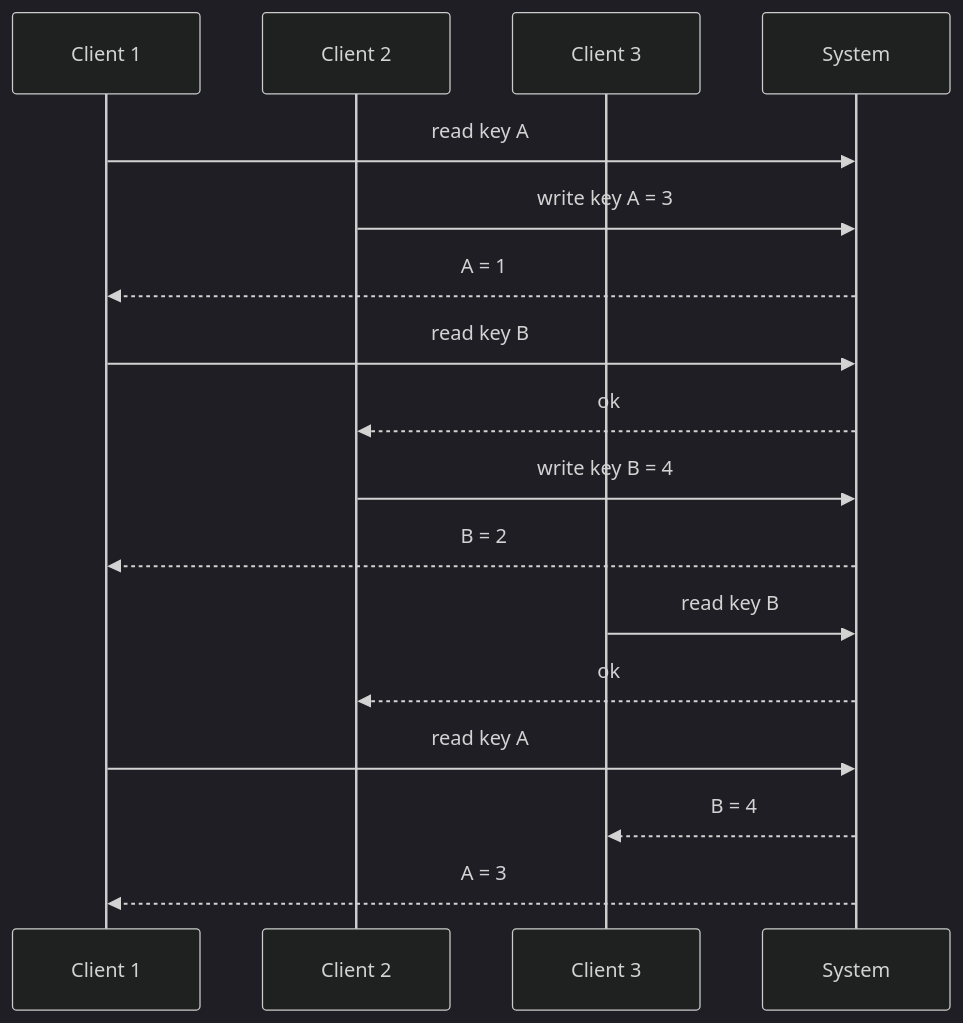
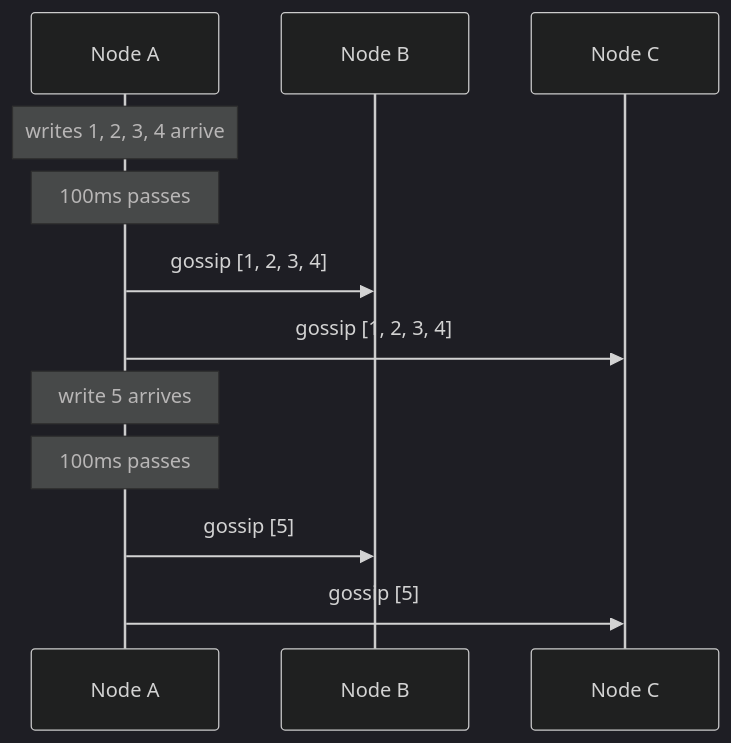
Before and after one commit to rcya1/personal-website: the fourth of 8 diagrams in posts/dist-sys-challenges.md, drawn with Mermaid (dark theme). The commit also changed other lines of this file and 5 other files, not shown here.

````diff
--- a/posts/dist-sys-challenges.md
+++ b/posts/dist-sys-challenges.md
@@ -161,19 +108,14 @@
 ```mermaid
 sequenceDiagram
-    participant C1 as Client 1
-    participant C2 as Client 2
-    participant C3 as Client 3
-    participant S as System
-    C1->>S: read key A
-    C2->>S: write key A = 3
-    S-->>C1: A = 1
-    C1->>S: read key B
-    S-->>C2: ok
-    C2->>S: write key B = 4
-    S-->>C1: B = 2
-    C3->>S: read key B
-    S-->>C2: ok
-    C1->>S: read key A
-    S-->>C3: B = 4
-    S-->>C1: A = 3
+    participant A as Node A
+    participant B as Node B
+    participant C as Node C
+    Note over A: writes 1, 2, 3, 4 arrive
+    Note over A: 100ms passes
+    A->>B: gossip [1, 2, 3, 4]
+    A->>C: gossip [1, 2, 3, 4]
+    Note over A: write 5 arrives
+    Note over A: 100ms passes
+    A->>B: gossip [5]
+    A->>C: gossip [5]
 ```
````
